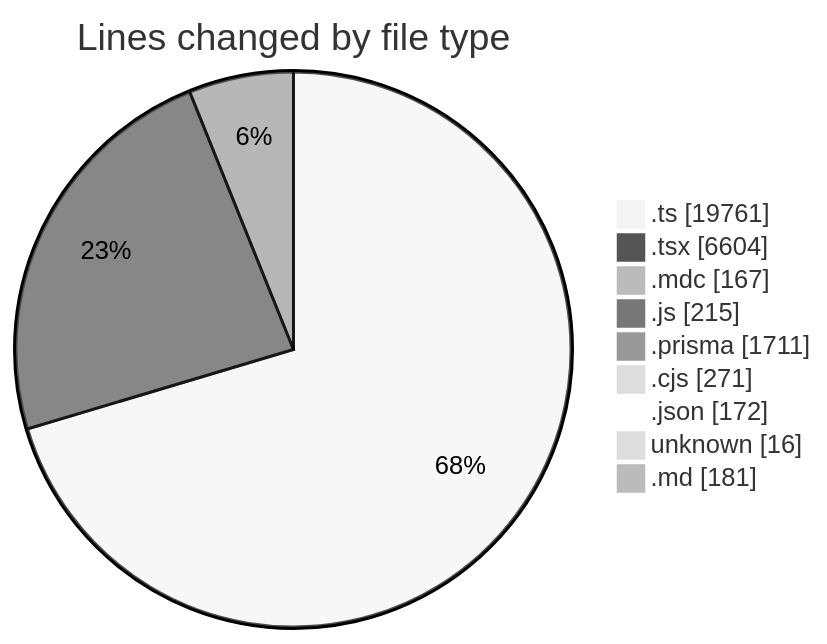
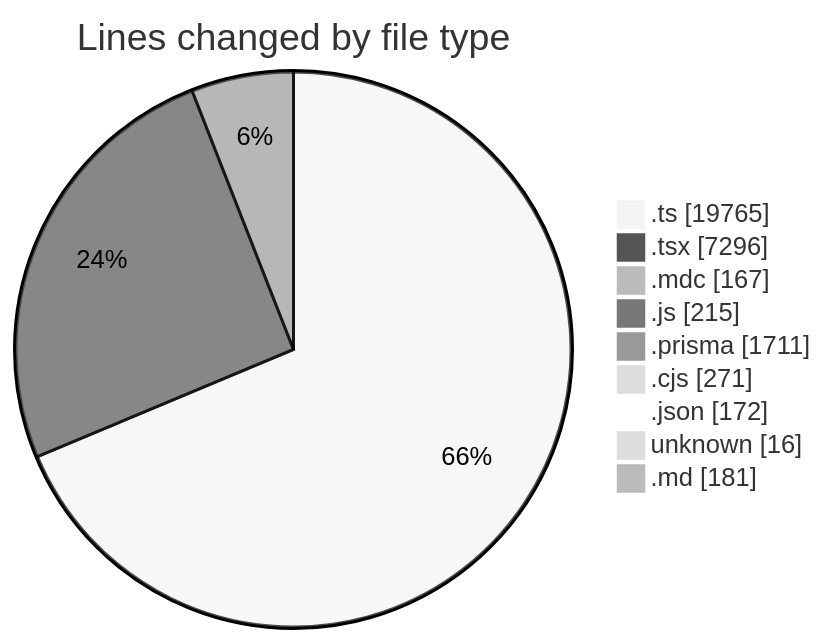
Before and after one commit to CELIANVF/code-tracking: the first of 2 diagrams in 2025-06-06/ecodeli-1/README.md, drawn with Mermaid (neutral theme). The commit also changed other lines of this file and 1 other file, not shown here.

````diff
--- a/2025-06-06/ecodeli-1/README.md
+++ b/2025-06-06/ecodeli-1/README.md
@@ -100,13 +103,13 @@
 ```mermaid
 pie showData
 title Lines changed by file type
-".ts" : 19761
-".tsx" : 6604
+".ts" : 19765
+".tsx" : 7296
 ".mdc" : 167
 ".js" : 215
 ".prisma" : 1711
 ".cjs" : 271
 ".json" : 172
 "unknown" : 16
 ".md" : 181
 ```
````
